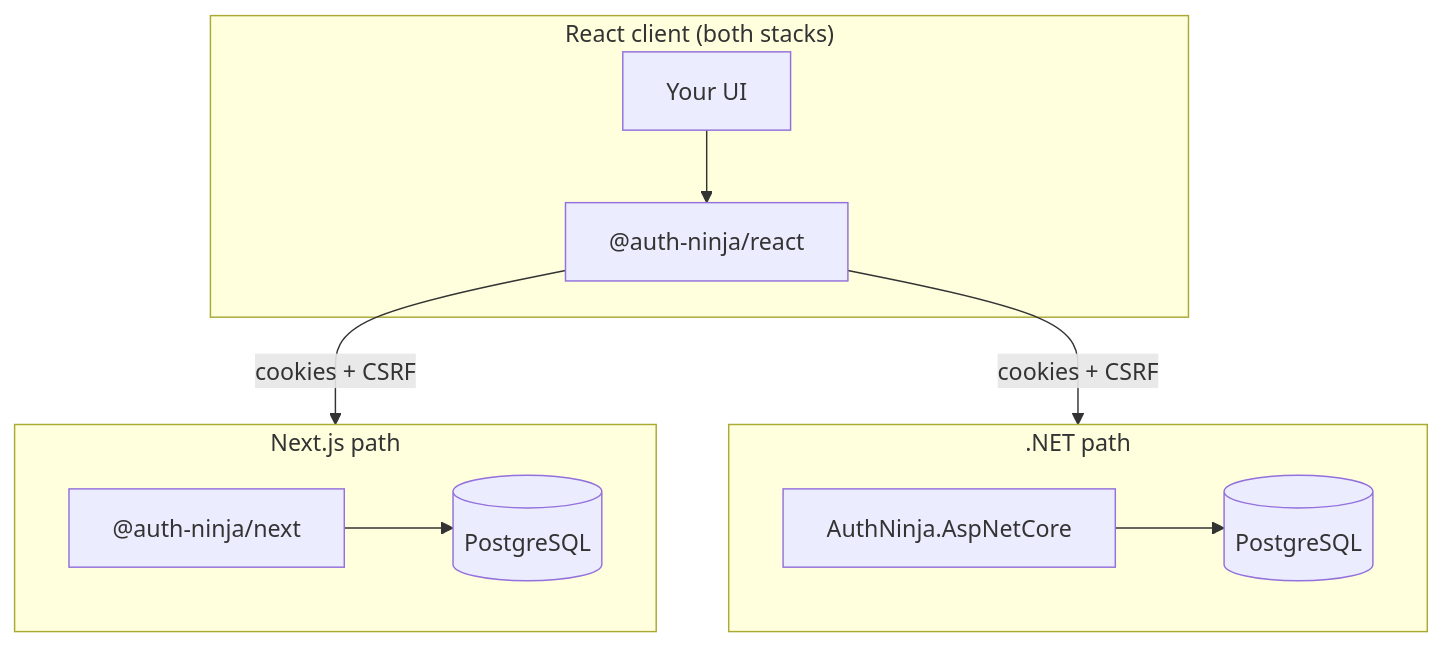
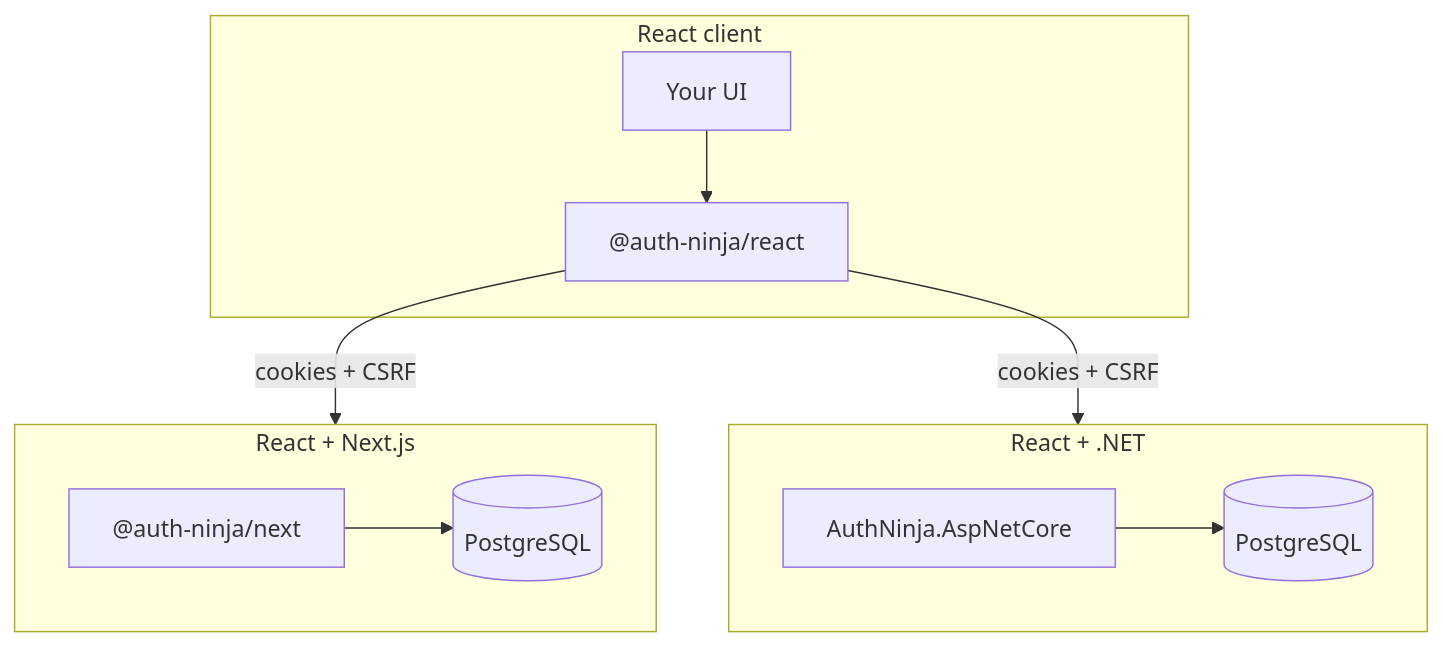
One commit to kristapsstrazds94/auth-ninja changed the diagram in README.md. Above: the diagram before and after it, drawn with Mermaid. The commit also changed other lines of this file and 107 other files, not shown here.

Commit message:
feat: refactor fullstack CLI/setup, port Next demo UI to .NET SPA, and fix auth UX (loader, passkeys, CORS, session refresh)

````diff
--- a/README.md
+++ b/README.md
@@ -53,21 +329,21 @@
 ```mermaid
 flowchart TB
-  subgraph client["React client (both stacks)"]
+  subgraph client["React client"]
     UI["Your UI"]
     React["@auth-ninja/react"]
     UI --> React
   end
 
   React -->|"cookies + CSRF"| NextPath
   React -->|"cookies + CSRF"| DotNetPath
 
-  subgraph NextPath["Next.js path"]
+  subgraph NextPath["React + Next.js"]
     Next["@auth-ninja/next"]
     Next --> PG1[(PostgreSQL)]
   end
 
-  subgraph DotNetPath[".NET path"]
+  subgraph DotNetPath["React + .NET"]
     DotNet["AuthNinja.AspNetCore"]
     DotNet --> PG2[(PostgreSQL)]
   end
 ```
````
